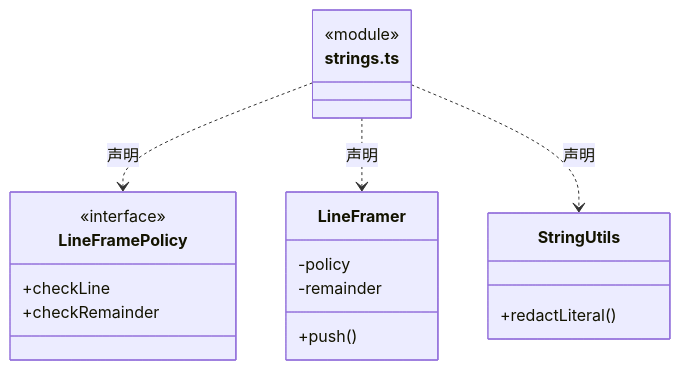
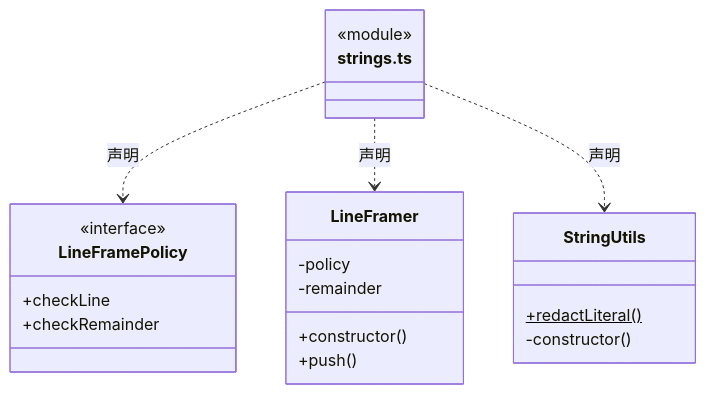
Before and after one commit to nan023062/cbim: the sixth of 8 diagrams in src/core/utility/ARCHITECTURE.md, drawn with Mermaid. The commit also changed other lines of this file and 139 other files, not shown here.

Commit message:
docs(architecture): add source reading paths and complete file inventories

````diff
--- a/src/core/utility/ARCHITECTURE.md
+++ b/src/core/utility/ARCHITECTURE.md
@@ -137,22 +146,24 @@
 ```mermaid
 classDiagram
 class N_src_core_utility_strings_ts["strings.ts"] {
   <<module>>
 }
 class N_src_core_utility_strings_ts_LineFramePolicy["LineFramePolicy"] {
   <<interface>>
   +checkLine
   +checkRemainder
 }
 N_src_core_utility_strings_ts ..> N_src_core_utility_strings_ts_LineFramePolicy : 声明
 class N_src_core_utility_strings_ts_LineFramer["LineFramer"] {
+  +constructor()
   +push()
   -policy
   -remainder
 }
 N_src_core_utility_strings_ts ..> N_src_core_utility_strings_ts_LineFramer : 声明
 class N_src_core_utility_strings_ts_StringUtils["StringUtils"] {
-  +redactLiteral()
+  +redactLiteral()$
+  -constructor()
 }
 N_src_core_utility_strings_ts ..> N_src_core_utility_strings_ts_StringUtils : 声明
 ```
````
